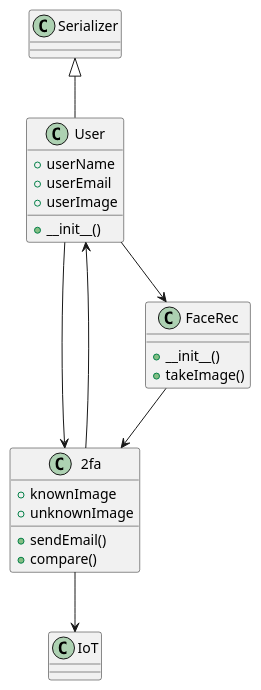
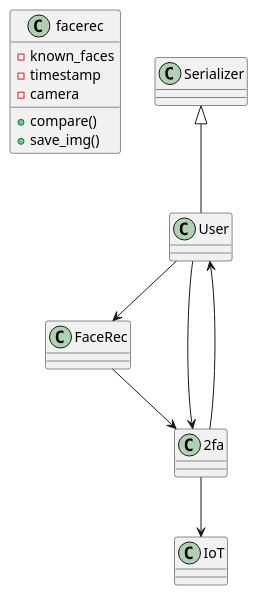
One commit to Tuukka-B/IoT-Face-Recognition changed the second of 3 diagrams in README.md. Above: the diagram before and after it, drawn with PlantUML.

````diff
--- a/README.md
+++ b/README.md
@@ -149,38 +149,21 @@
 ```plantuml
 @startuml
-    class User {
-        +userName
-        +userEmail
-        +userImage
-        +__init__()
+
+    class facerec {
+        -known_faces
+        -timestamp
+        -camera
+        +compare()
+        +save_img()
     }
     
-    class 2fa {
-        +knownImage
-        +unknownImage
-        +sendEmail()
-        +compare()
-    }
-    
-    class IoT {
-        
-    }
-    
-    class Serializer {
-        
-    }
-    
-    class FaceRec {
-        +__init__()
-        +takeImage()
-    }
     
     User --> FaceRec
     FaceRec --> 2fa
     2fa --> User
     User --> 2fa
     2fa --> IoT
     Serializer <|-- User
     
 @enduml
 ```
````
